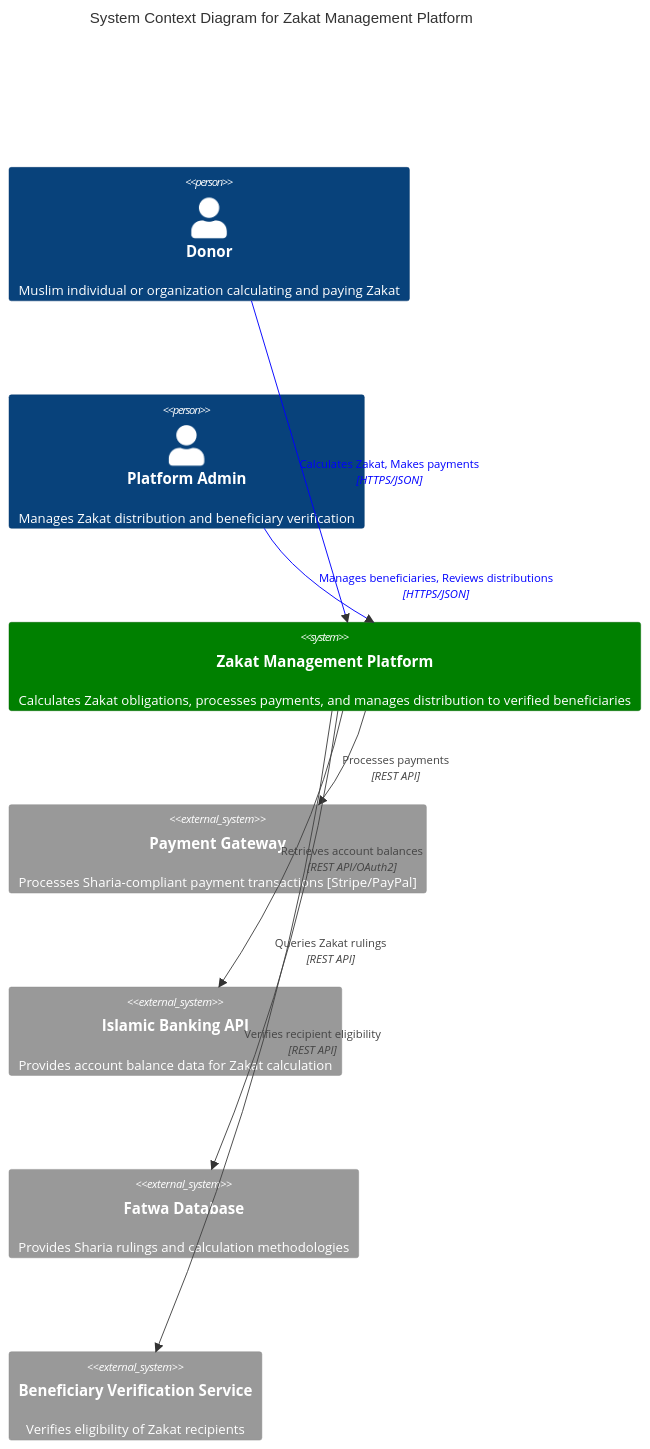
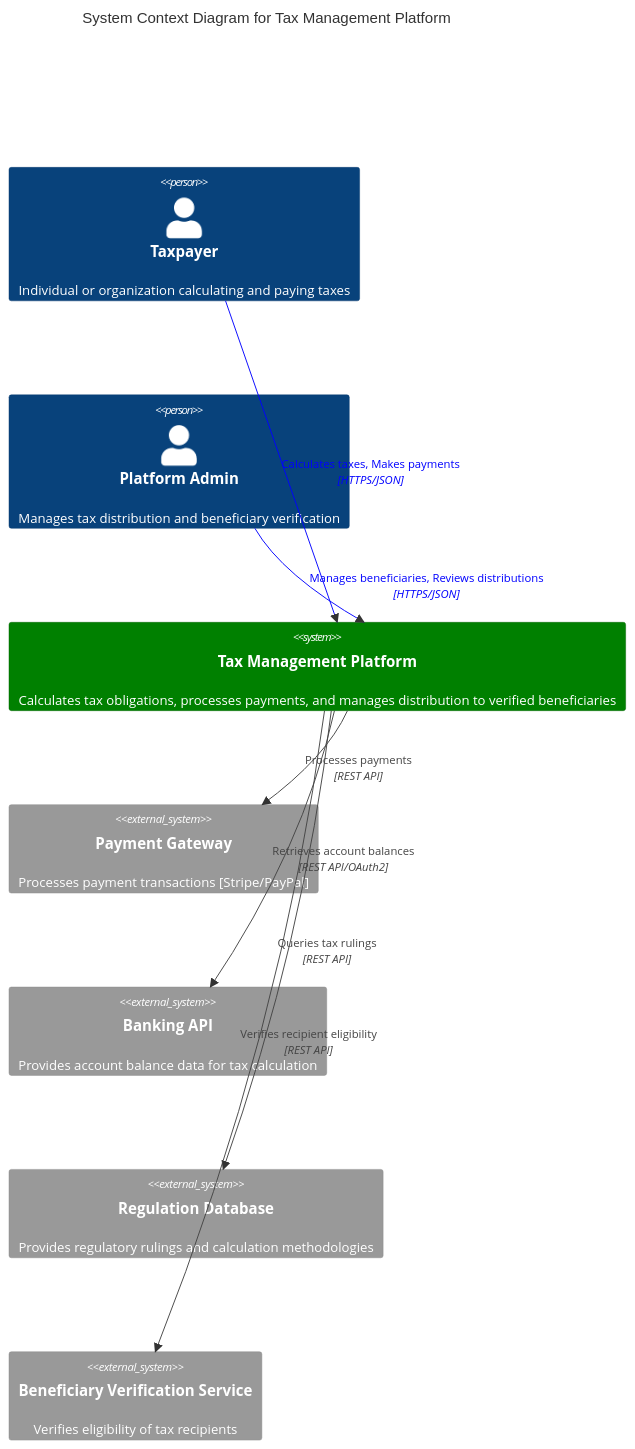
Before and after one commit to wahidyankf/open-sharia-enterprise: the first of 9 diagrams in docs/explanation/software/architecture/c4-architecture-model/ex-so-ar-c4armo__14-best-practices.md, drawn with Mermaid. The commit also changed other lines of this file and 94 other files, not shown here.

````diff
--- a/docs/explanation/software/architecture/c4-architecture-model/ex-so-ar-c4armo__14-best-practices.md
+++ b/docs/explanation/software/architecture/c4-architecture-model/ex-so-ar-c4armo__14-best-practices.md
@@ -27,25 +27,25 @@
 ```mermaid
 C4Context
-    title System Context Diagram for Zakat Management Platform
+    title System Context Diagram for Tax Management Platform
 
-    Person(donor, "Donor", "Muslim individual or organization calculating and paying Zakat")
-    Person(admin, "Platform Admin", "Manages Zakat distribution and beneficiary verification")
+    Person(taxpayer, "Taxpayer", "Individual or organization calculating and paying taxes")
+    Person(admin, "Platform Admin", "Manages tax distribution and beneficiary verification")
 
-    System(zakat, "Zakat Management Platform", "Calculates Zakat obligations, processes payments, and manages distribution to verified beneficiaries")
+    System(tax, "Tax Management Platform", "Calculates tax obligations, processes payments, and manages distribution to verified beneficiaries")
 
-    System_Ext(payment, "Payment Gateway", "Processes Sharia-compliant payment transactions [Stripe/PayPal]")
-    System_Ext(bank, "Islamic Banking API", "Provides account balance data for Zakat calculation")
-    System_Ext(scholar, "Fatwa Database", "Provides Sharia rulings and calculation methodologies")
-    System_Ext(beneficiary, "Beneficiary Verification Service", "Verifies eligibility of Zakat recipients")
+    System_Ext(payment, "Payment Gateway", "Processes payment transactions [Stripe/PayPal]")
+    System_Ext(bank, "Banking API", "Provides account balance data for tax calculation")
+    System_Ext(regulation, "Regulation Database", "Provides regulatory rulings and calculation methodologies")
+    System_Ext(beneficiary, "Beneficiary Verification Service", "Verifies eligibility of tax recipients")
 
-    Rel(donor, zakat, "Calculates Zakat, Makes payments", "HTTPS/JSON")
-    Rel(admin, zakat, "Manages beneficiaries, Reviews distributions", "HTTPS/JSON")
-    Rel(zakat, payment, "Processes payments", "REST API")
-    Rel(zakat, bank, "Retrieves account balances", "REST API/OAuth2")
-    Rel(zakat, scholar, "Queries Zakat rulings", "REST API")
-    Rel(zakat, beneficiary, "Verifies recipient eligibility", "REST API")
+    Rel(taxpayer, tax, "Calculates taxes, Makes payments", "HTTPS/JSON")
+    Rel(admin, tax, "Manages beneficiaries, Reviews distributions", "HTTPS/JSON")
+    Rel(tax, payment, "Processes payments", "REST API")
+    Rel(tax, bank, "Retrieves account balances", "REST API/OAuth2")
+    Rel(tax, regulation, "Queries tax rulings", "REST API")
+    Rel(tax, beneficiary, "Verifies recipient eligibility", "REST API")
 
-    UpdateElementStyle(zakat, $fontColor="white", $bgColor="green", $borderColor="darkgreen")
-    UpdateRelStyle(donor, zakat, $textColor="blue", $lineColor="blue")
-    UpdateRelStyle(admin, zakat, $textColor="blue", $lineColor="blue")
+    UpdateElementStyle(tax, $fontColor="white", $bgColor="green", $borderColor="darkgreen")
+    UpdateRelStyle(taxpayer, tax, $textColor="blue", $lineColor="blue")
+    UpdateRelStyle(admin, tax, $textColor="blue", $lineColor="blue")
 ```
````
